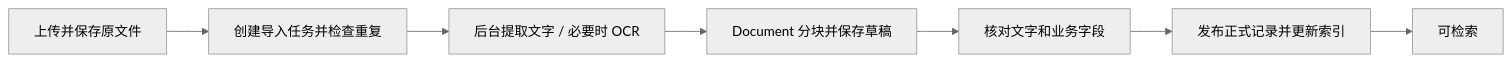
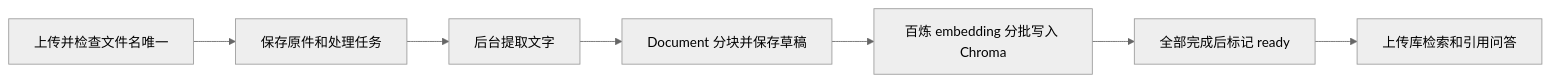
One commit to bathroomking/hubei-transport-law-assistant changed the second of 2 diagrams in docs/chunking.md. Above: the diagram before and after it, drawn with Mermaid (neutral theme). The commit also changed other lines of this file and 11 other files, not shown here.

````diff
--- a/docs/chunking.md
+++ b/docs/chunking.md
@@ -109,9 +113,9 @@
 ```mermaid
 flowchart LR
-  A[上传并保存原文件] --> B[创建导入任务并检查重复]
-  B --> C[后台提取文字 / 必要时 OCR]
+  A[上传并检查文件名唯一] --> B[保存原件和处理任务]
+  B --> C[后台提取文字]
   C --> D[Document 分块并保存草稿]
-  D --> E[核对文字和业务字段]
-  E --> F[发布正式记录并更新索引]
-  F --> G[可检索]
+  D --> E[百炼 embedding 分批写入 Chroma]
+  E --> F[全部完成后标记 ready]
+  F --> G[上传库检索和引用问答]
 ```
````
